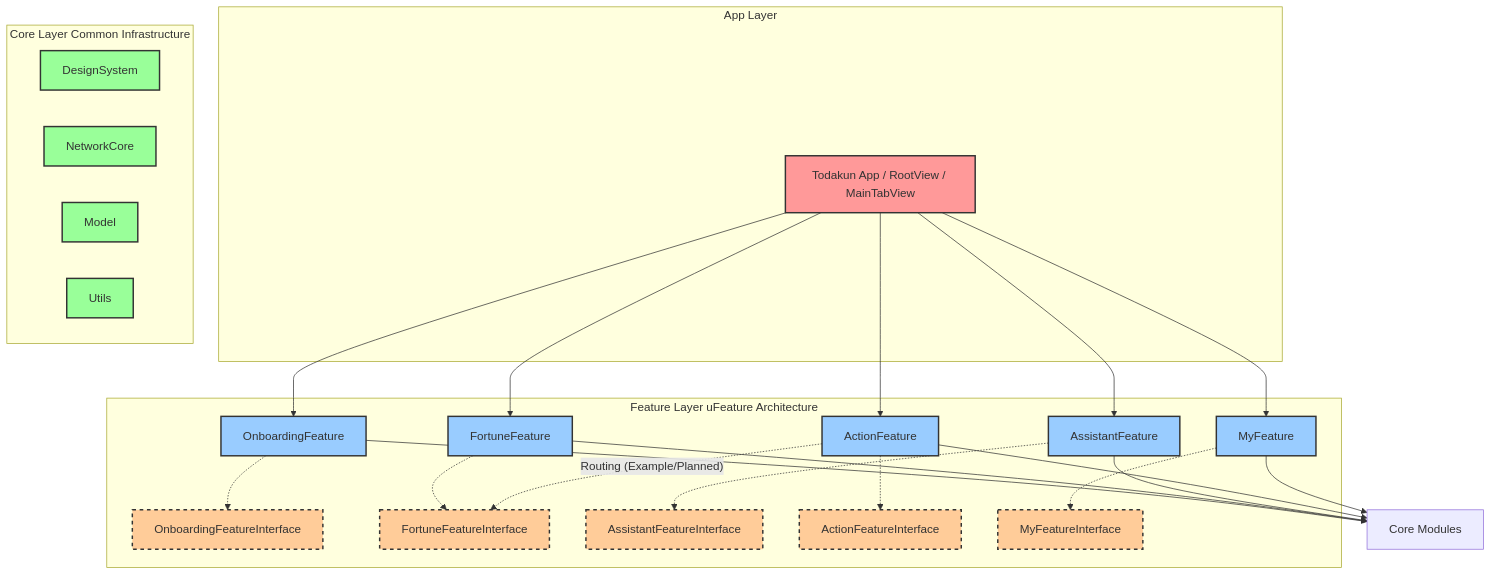
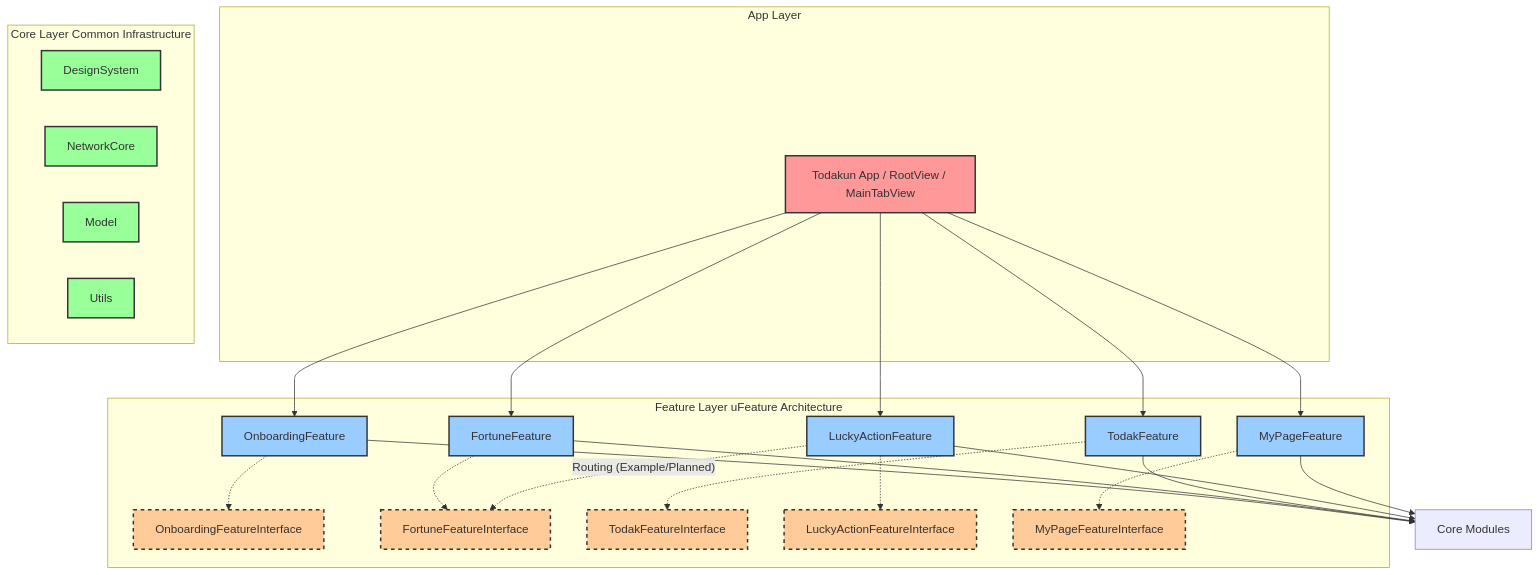
The diagram in README.md (YAPP-Github/28th-App-Team-2-iOS), drawn with Mermaid before and after one commit. The commit also changed other lines of this file and 28 other files, not shown here.

````diff
--- a/README.md
+++ b/README.md
@@ -20,60 +20,60 @@
 ```mermaid
 graph TD
     subgraph AppLayer [App Layer]
         TodakunApp[Todakun App / RootView / MainTabView]
     end
 
     subgraph FeatureLayer [Feature Layer uFeature Architecture]
         Onboarding[OnboardingFeature]
         OnboardingIF[OnboardingFeatureInterface]
         Fortune[FortuneFeature]
         FortuneIF[FortuneFeatureInterface]
-        Assistant[AssistantFeature]
-        AssistantIF[AssistantFeatureInterface]
-        Action[ActionFeature]
-        ActionIF[ActionFeatureInterface]
-        My[MyFeature]
-        MyIF[MyFeatureInterface]
+        Todak[TodakFeature]
+        TodakIF[TodakFeatureInterface]
+        LuckyAction[LuckyActionFeature]
+        LuckyActionIF[LuckyActionFeatureInterface]
+        MyPage[MyPageFeature]
+        MyPageIF[MyPageFeatureInterface]
 
         Onboarding -.-> OnboardingIF
         Fortune -.-> FortuneIF
-        Assistant -.-> AssistantIF
-        Action -.-> ActionIF
-        My -.-> MyIF
+        Todak -.-> TodakIF
+        LuckyAction -.-> LuckyActionIF
+        MyPage -.-> MyPageIF
     end
 
     subgraph CoreLayer [Core Layer Common Infrastructure]
         DesignSystem[DesignSystem]
         NetworkCore[NetworkCore]
         Model[Model]
         Utils[Utils]
     end
 
     %% App Layer imports features
     TodakunApp --> Onboarding
     TodakunApp --> Fortune
-    TodakunApp --> Assistant
-    TodakunApp --> Action
-    TodakunApp --> My
+    TodakunApp --> Todak
+    TodakunApp --> LuckyAction
+    TodakunApp --> MyPage
     
     %% Example of Feature Navigation via Interface
-    Action -. "Routing (Example/Planned)" .-> FortuneIF
+    LuckyAction -. "Routing (Example/Planned)" .-> FortuneIF
     
     %% Features depend on Core
     Onboarding --> CoreLayer_Nodes[Core Modules]
     Fortune --> CoreLayer_Nodes
-    Assistant --> CoreLayer_Nodes
-    Action --> CoreLayer_Nodes
-    My --> CoreLayer_Nodes
+    Todak --> CoreLayer_Nodes
+    LuckyAction --> CoreLayer_Nodes
+    MyPage --> CoreLayer_Nodes
 
     %% Styling
     classDef app fill:#ff9999,stroke:#333,stroke-width:2px;
     classDef feature fill:#99ccff,stroke:#333,stroke-width:2px;
     classDef interface fill:#ffcc99,stroke:#333,stroke-width:2px,stroke-dasharray: 5 5;
     classDef core fill:#99ff99,stroke:#333,stroke-width:2px;
     
     class TodakunApp app;
-    class Onboarding,Fortune,Assistant,Action,My feature;
-    class OnboardingIF,FortuneIF,AssistantIF,ActionIF,MyIF interface;
+    class Onboarding,Fortune,Todak,LuckyAction,MyPage feature;
+    class OnboardingIF,FortuneIF,TodakIF,LuckyActionIF,MyPageIF interface;
     class DesignSystem,NetworkCore,Model,Utils core;
 ```
````
